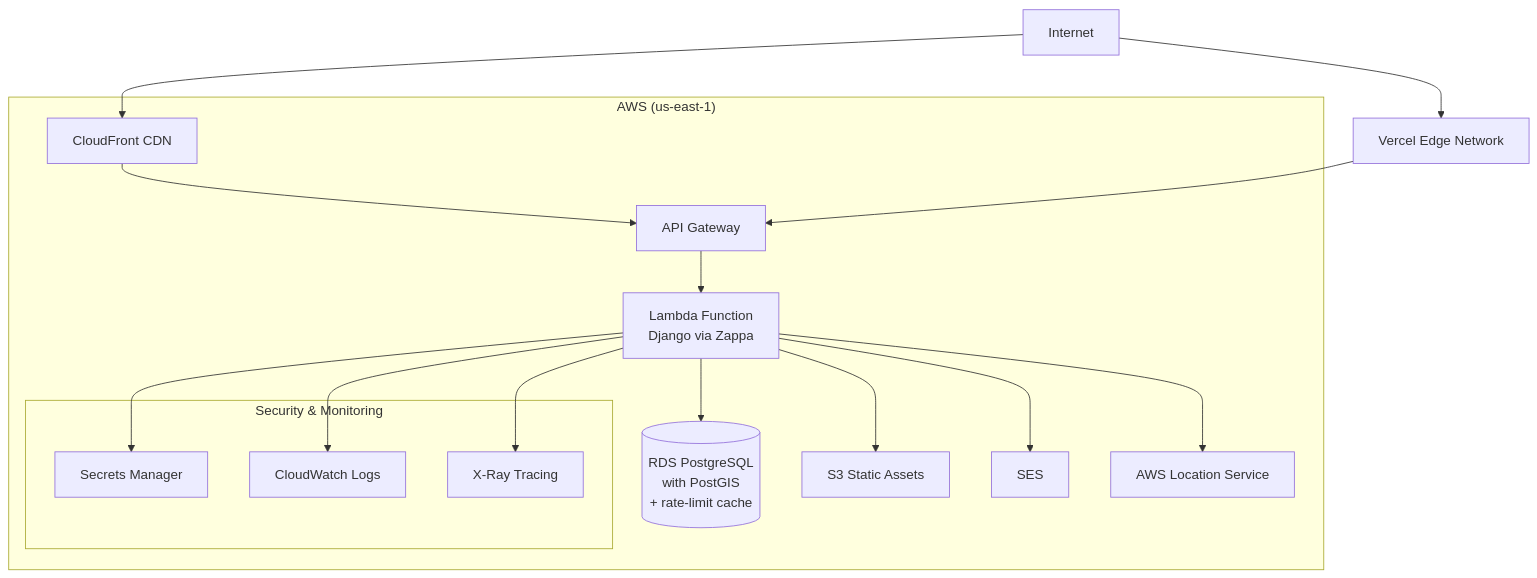
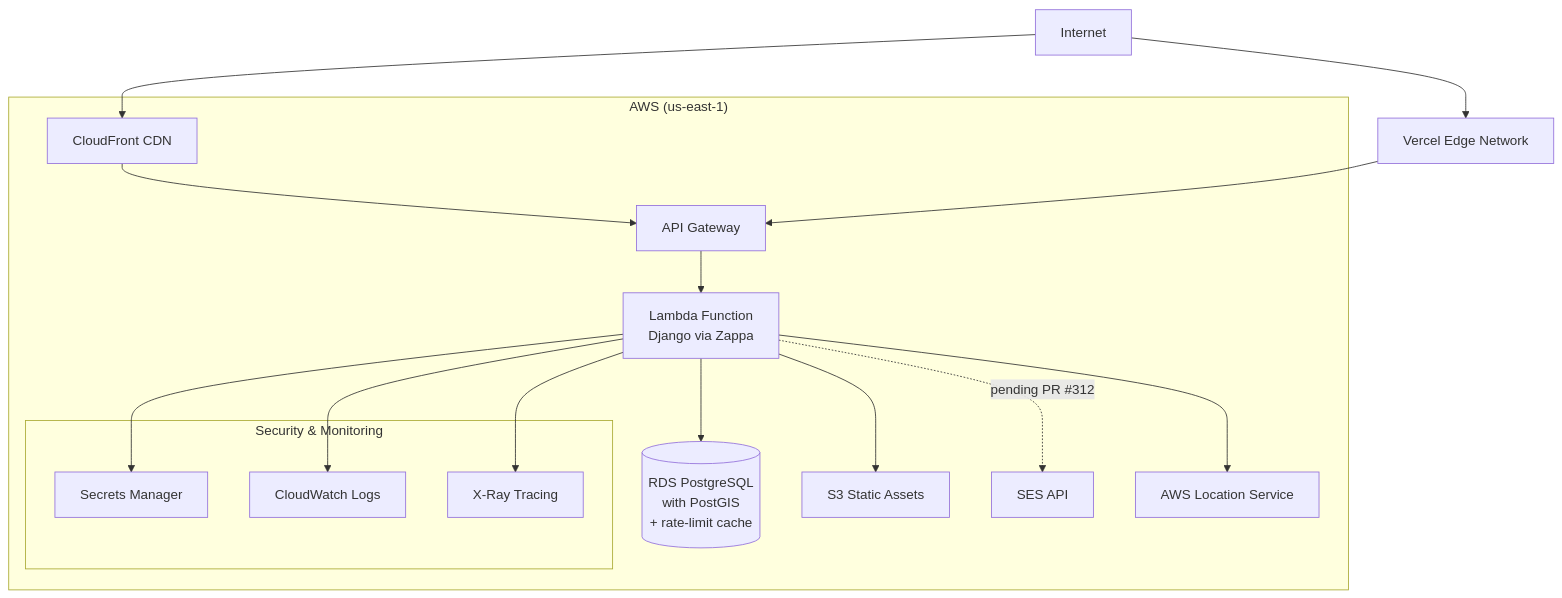
The diagram in docs/deployment/aws.md (lhadjchikh/coalition-builder), drawn with Mermaid before and after one commit. The commit also changed other lines of this file and 2 other files, not shown here.

Commit message:
docs: mark SES path pending PR 312

````diff
--- a/docs/deployment/aws.md
+++ b/docs/deployment/aws.md
@@ -9,28 +9,28 @@
 ```mermaid
 %%{init: {'theme':'basic'}}%%
 flowchart TB
     internet[Internet] --> cloudfront[CloudFront CDN]
     internet --> vercel[Vercel Edge Network]
 
     subgraph aws["AWS (us-east-1)"]
         cloudfront --> apigateway[API Gateway]
         apigateway --> lambda[Lambda Function<br/>Django via Zappa]
 
         lambda --> rds[(RDS PostgreSQL<br/>with PostGIS<br/>+ rate-limit cache)]
         lambda --> s3_static[S3 Static Assets]
-        lambda --> ses[SES]
+        lambda -.->|pending PR #312| ses[SES API]
         lambda --> geo[AWS Location Service]
 
         subgraph security["Security & Monitoring"]
             secrets[Secrets Manager]
             cloudwatch[CloudWatch Logs]
             xray[X-Ray Tracing]
         end
 
         lambda --> secrets
         lambda --> cloudwatch
         lambda --> xray
     end
 
     vercel --> apigateway
 ```
````
